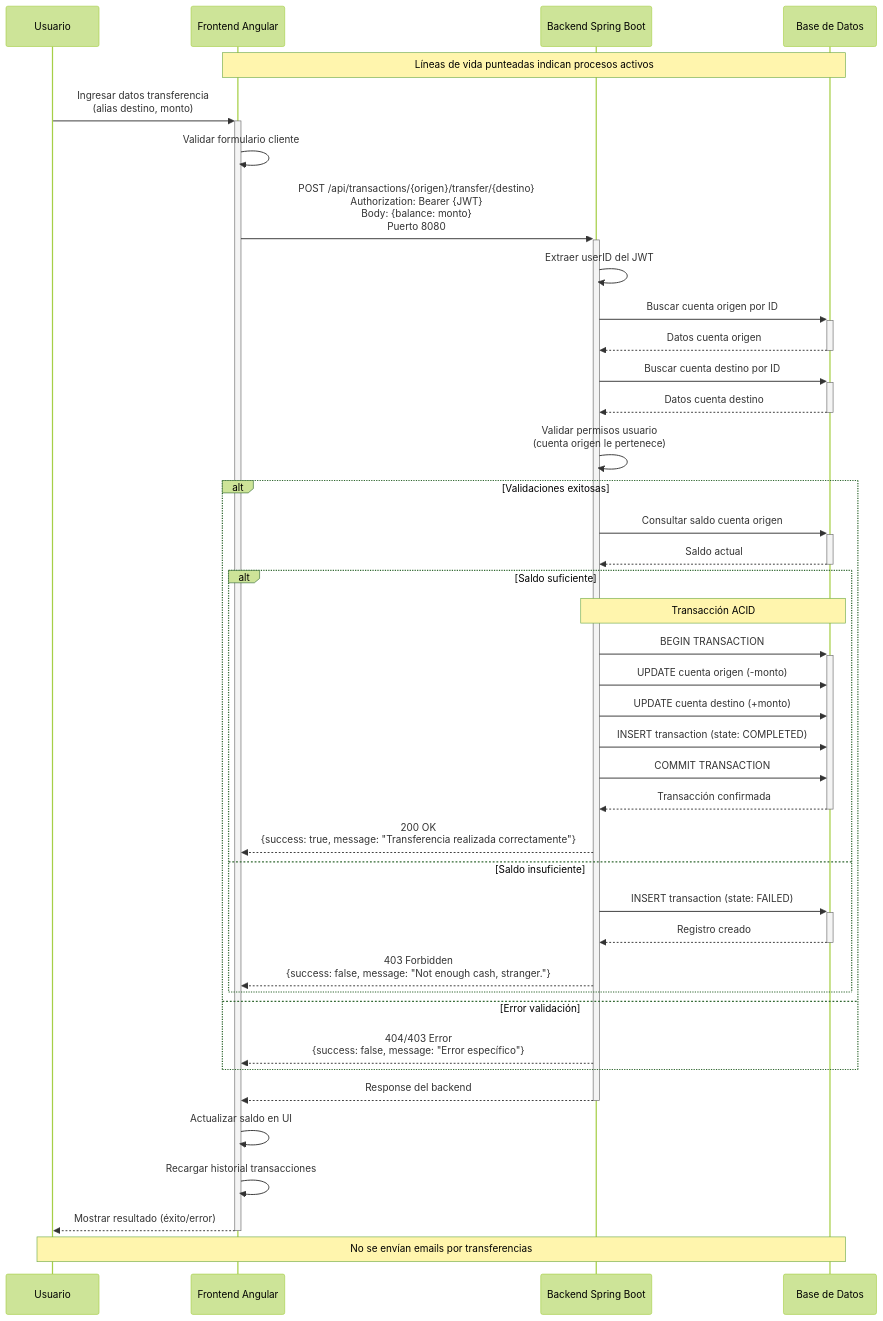
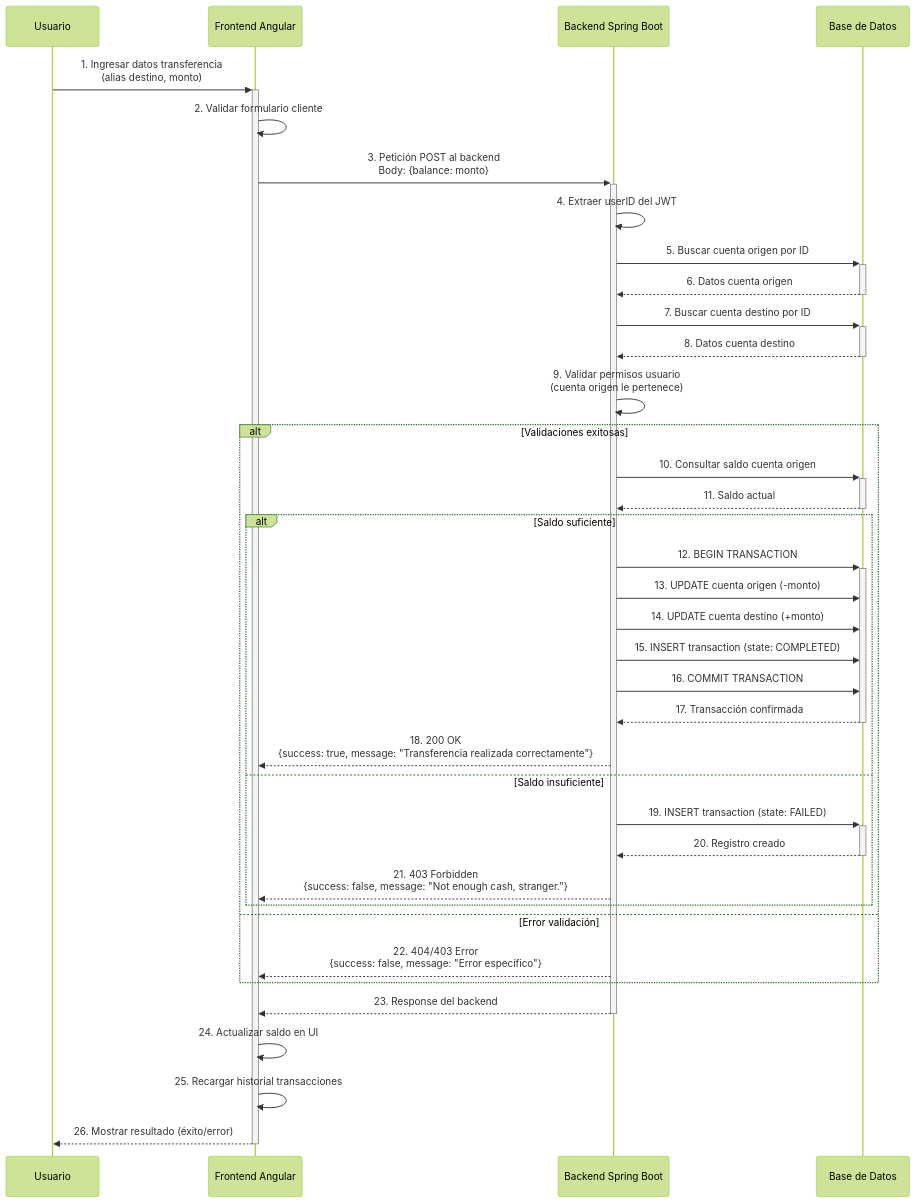
One commit to INizetich/ArCash-Angular changed the second of 5 diagrams in arquitectura/UML-Diagramas.md. Above: the diagram before and after it, drawn with Mermaid (forest theme). The commit also changed other lines of this file and 1 other file, not shown here.

````diff
--- a/arquitectura/UML-Diagramas.md
+++ b/arquitectura/UML-Diagramas.md
@@ -111,52 +119,54 @@
 ```mermaid
 sequenceDiagram
     participant U as Usuario
     participant F as Frontend Angular
     participant B as Backend Spring Boot
     participant DB as Base de Datos
     
-    Note over F,DB: Líneas de vida punteadas indican procesos activos
     
-    U->>+F: Ingresar datos transferencia<br/>(alias destino, monto)
-    F->>F: Validar formulario cliente
+    U->>+F: 1. Ingresar datos transferencia<br/>(alias destino, monto)
+    F->>F: 2. Validar formulario cliente
     
-    F->>+B: POST /api/transactions/{origen}/transfer/{destino}<br/>Authorization: Bearer {JWT}<br/>Body: {balance: monto}<br/>Puerto 8080
-    B->>B: Extraer userID del JWT
-    B->>+DB: Buscar cuenta origen por ID
-    DB-->>-B: Datos cuenta origen
+   
     
-    B->>+DB: Buscar cuenta destino por ID  
-    DB-->>-B: Datos cuenta destino
+    F->>+B: 3. Petición POST al backend<br/>Body: {balance: monto}
+    B->>B: 4. Extraer userID del JWT
+    B->>+DB: 5. Buscar cuenta origen por ID
+    DB-->>-B: 6. Datos cuenta origen
     
-    B->>B: Validar permisos usuario<br/>(cuenta origen le pertenece)
+    B->>+DB: 7. Buscar cuenta destino por ID  
+    DB-->>-B: 8. Datos cuenta destino
+    
+    B->>B: 9. Validar permisos usuario<br/>(cuenta origen le pertenece)
+    
     
     alt Validaciones exitosas
-        B->>+DB: Consultar saldo cuenta origen
-        DB-->>-B: Saldo actual
+        B->>+DB: 10. Consultar saldo cuenta origen
+        DB-->>-B: 11. Saldo actual
         
         alt Saldo suficiente
-            Note over B,DB: Transacción ACID
-            B->>+DB: BEGIN TRANSACTION
-            B->>DB: UPDATE cuenta origen (-monto)
-            B->>DB: UPDATE cuenta destino (+monto)
-            B->>DB: INSERT transaction (state: COMPLETED)
-            B->>DB: COMMIT TRANSACTION
-            DB-->>-B: Transacción confirmada
+            B->>+DB: 12. BEGIN TRANSACTION
+            B->>DB: 13. UPDATE cuenta origen (-monto)
+            B->>DB: 14. UPDATE cuenta destino (+monto)
+            B->>DB: 15. INSERT transaction (state: COMPLETED)
+            B->>DB: 16. COMMIT TRANSACTION
+            DB-->>-B: 17. Transacción confirmada
             
-            B-->>F: 200 OK<br/>{success: true, message: "Transferencia realizada correctamente"}
+            B-->>F: 18. 200 OK<br/>{success: true, message: "Transferencia realizada correctamente"}
         else Saldo insuficiente
-            B->>+DB: INSERT transaction (state: FAILED)
-            DB-->>-B: Registro creado
-            B-->>F: 403 Forbidden<br/>{success: false, message: "Not enough cash, stranger."}
+            B->>+DB: 19. INSERT transaction (state: FAILED)
+            DB-->>-B: 20. Registro creado
+            B-->>F: 21. 403 Forbidden<br/>{success: false, message: "Not enough cash, stranger."}
         end
     else Error validación
-        B-->>F: 404/403 Error<br/>{success: false, message: "Error específico"}
+        B-->>F: 22. 404/403 Error<br/>{success: false, message: "Error específico"}
     end
     
-    B-->>-F: Response del backend
-    F->>F: Actualizar saldo en UI
-    F->>F: Recargar historial transacciones
-    F-->>-U: Mostrar resultado (éxito/error)
     
-    Note over U,DB: No se envían emails por transferencias
+    B-->>-F: 23. Response del backend
+    F->>F: 24. Actualizar saldo en UI
+    F->>F: 25. Recargar historial transacciones
+    F-->>-U: 26. Mostrar resultado (éxito/error)
+    
+  
 ```
````
